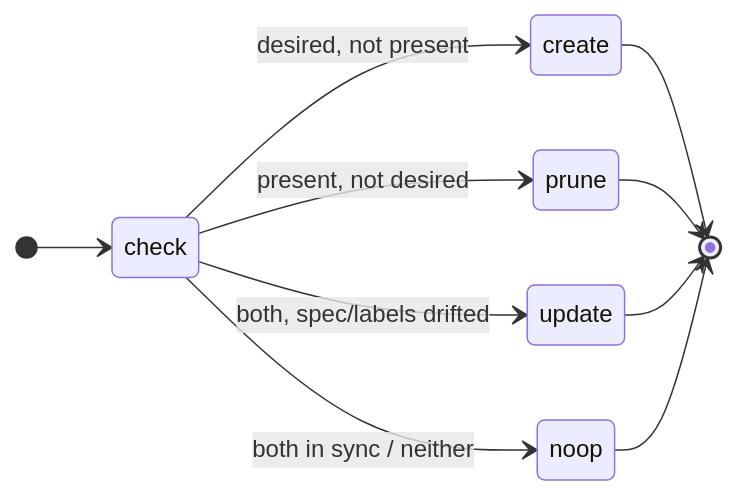
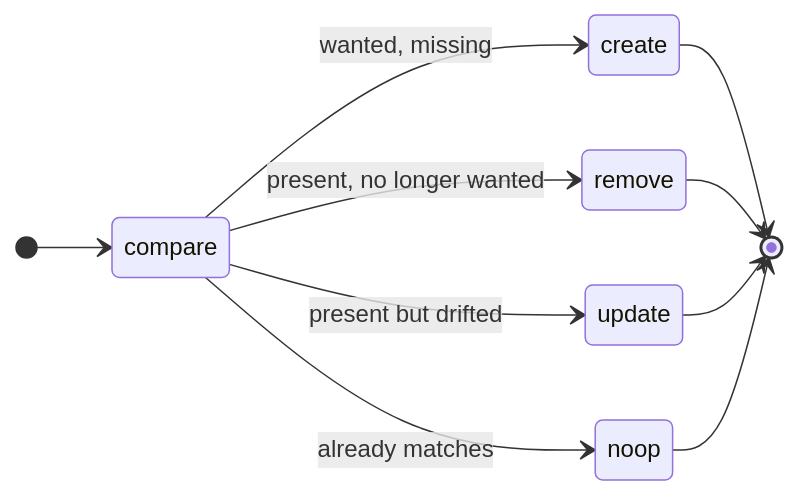
One commit to cobaltcore-dev/cortex changed the second of 10 diagrams in docs/03-reservations-and-inventory/04-failover-host-reservations.md. Above: the diagram before and after it, drawn with Mermaid. The commit also changed other lines of this file, not shown here.

````diff
--- a/docs/03-reservations-and-inventory/04-failover-host-reservations.md
+++ b/docs/03-reservations-and-inventory/04-failover-host-reservations.md
@@ -84,13 +82,13 @@
 ```mermaid
 stateDiagram-v2
     direction LR
-    [*] --> check
-    check --> create: desired, not present
-    check --> prune: present, not desired
-    check --> update: both, spec/labels drifted
-    check --> noop: both in sync / neither
+    [*] --> compare
+    compare --> create: wanted, missing
+    compare --> remove: present, no longer wanted
+    compare --> update: present but drifted
+    compare --> noop: already matches
     create --> [*]
-    prune --> [*]
+    remove --> [*]
     update --> [*]
     noop --> [*]
 ```
````
